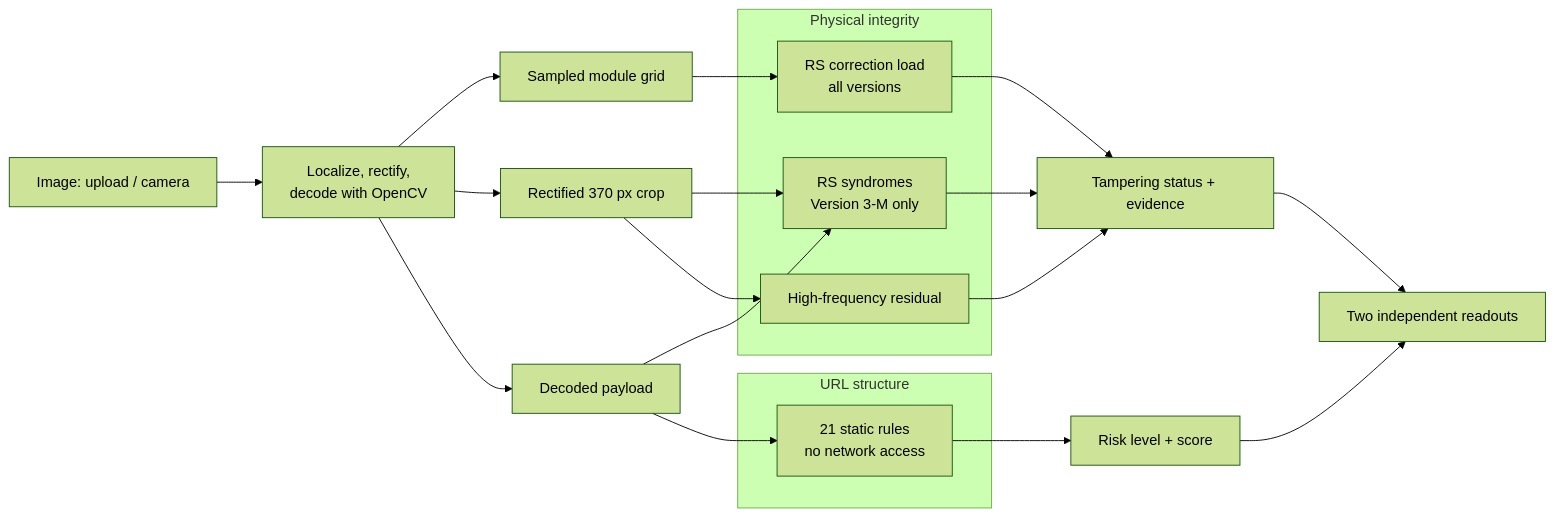
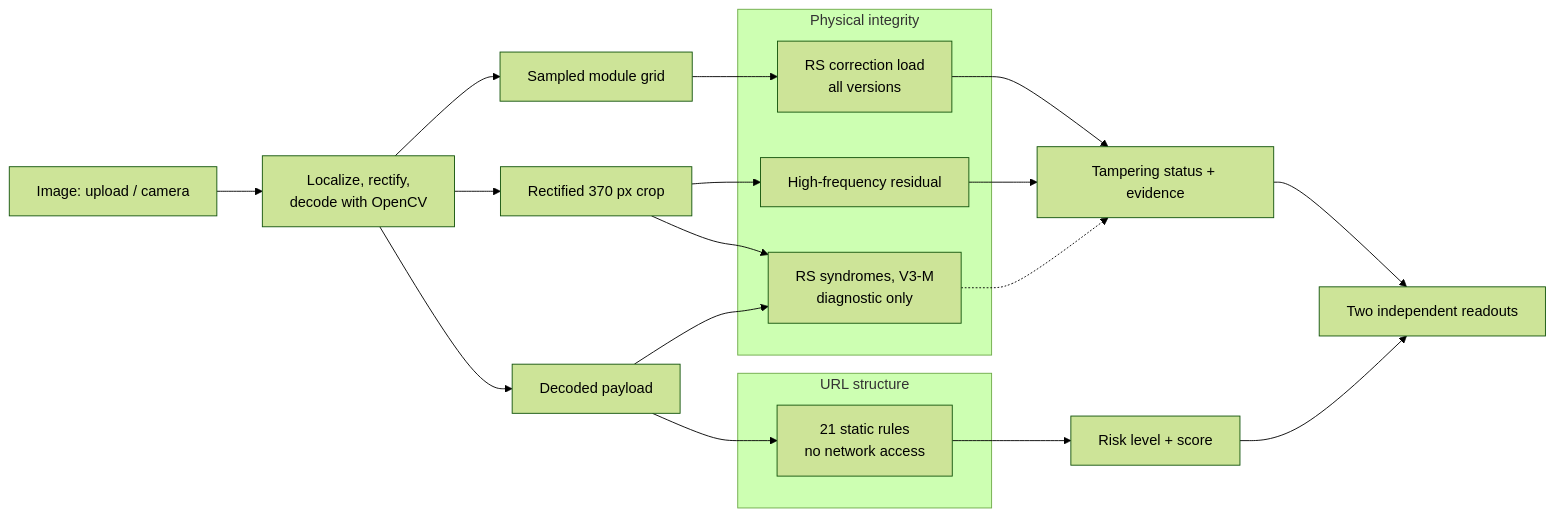
Before and after one commit to ujvall/QR-TDE: the diagram in README.md, drawn with Mermaid (forest theme). The commit also changed other lines of this file and 16 other files, not shown here.

First line of the commit message:
refactor(engine): make V3-M syndromes a diagnostic, not tampering evidence

````diff
--- a/README.md
+++ b/README.md
@@ -44,26 +45,27 @@
 ```mermaid
 flowchart LR
     IN[Image: upload / camera] --> PRE[Localize, rectify,<br/>decode with OpenCV]
     PRE --> GRID[Sampled module grid]
     PRE --> CROP[Rectified 370 px crop]
     PRE --> PAY[Decoded payload]
 
     subgraph PHYS[Physical integrity]
-        SYN[RS syndromes<br/>Version 3-M only]
+        SYN[RS syndromes, V3-M<br/>diagnostic only]
         LOAD[RS correction load<br/>all versions]
         PEAK[High-frequency residual]
     end
     GRID --> LOAD
     CROP --> SYN
     CROP --> PEAK
     PAY --> SYN
-    SYN & LOAD & PEAK --> TV[Tampering status + evidence]
+    LOAD & PEAK --> TV[Tampering status + evidence]
+    SYN -.-> TV
 
     subgraph URLB[URL structure]
         URL[21 static rules<br/>no network access]
     end
     PAY --> URL --> UV[Risk level + score]
 
     TV --> OUT[Two independent readouts]
     UV --> OUT
 ```
````
